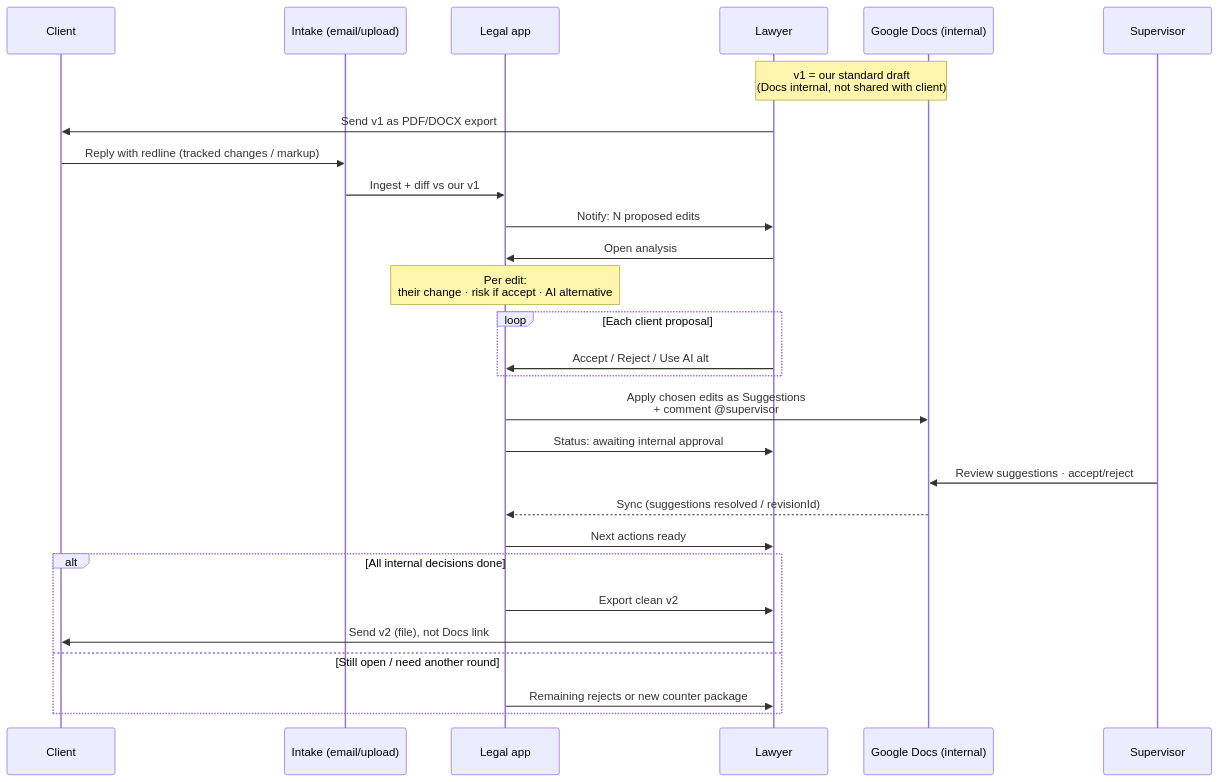
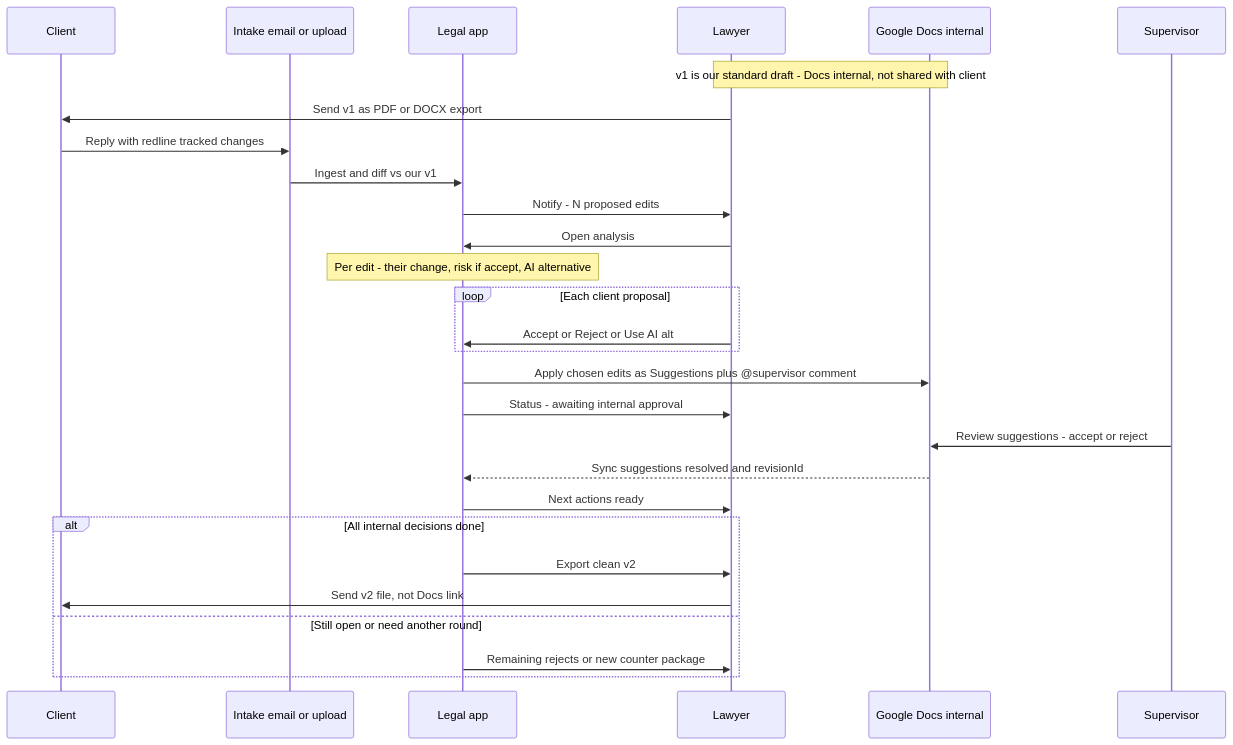
The diagram in docs/flows/client-redline-review.md (littlewhywhat/legal-360), drawn with Mermaid before and after one commit. The commit also changed 2 other files, not shown here.

Commit message:
Fix Mermaid for GitHub rendering.
Drop parentheses and self-messages that break the sequence parser.

````diff
--- a/docs/flows/client-redline-review.md
+++ b/docs/flows/client-redline-review.md
@@ -13,36 +13,36 @@
 ```mermaid
 sequenceDiagram
   participant Client
-  participant Inbox as Intake (email/upload)
+  participant Inbox as Intake email or upload
   participant App as Legal app
   participant Lawyer
-  participant Docs as Google Docs (internal)
+  participant Docs as Google Docs internal
   participant Sup as Supervisor
 
-  Note over Lawyer,Docs: v1 = our standard draft<br/>(Docs internal, not shared with client)
+  Note over Lawyer,Docs: v1 is our standard draft - Docs internal, not shared with client
 
-  Lawyer->>Client: Send v1 as PDF/DOCX export
-  Client->>Inbox: Reply with redline (tracked changes / markup)
-  Inbox->>App: Ingest + diff vs our v1
-  App->>Lawyer: Notify: N proposed edits
+  Lawyer->>Client: Send v1 as PDF or DOCX export
+  Client->>Inbox: Reply with redline tracked changes
+  Inbox->>App: Ingest and diff vs our v1
+  App->>Lawyer: Notify - N proposed edits
 
   Lawyer->>App: Open analysis
-  Note over App: Per edit:<br/>their change · risk if accept · AI alternative
+  Note over App: Per edit - their change, risk if accept, AI alternative
 
   loop Each client proposal
-    Lawyer->>App: Accept / Reject / Use AI alt
+    Lawyer->>App: Accept or Reject or Use AI alt
   end
 
-  App->>Docs: Apply chosen edits as Suggestions<br/>+ comment @supervisor
-  App->>Lawyer: Status: awaiting internal approval
-  Sup->>Docs: Review suggestions · accept/reject
-  Docs-->>App: Sync (suggestions resolved / revisionId)
+  App->>Docs: Apply chosen edits as Suggestions plus @supervisor comment
+  App->>Lawyer: Status - awaiting internal approval
+  Sup->>Docs: Review suggestions - accept or reject
+  Docs-->>App: Sync suggestions resolved and revisionId
   App->>Lawyer: Next actions ready
 
   alt All internal decisions done
     App->>Lawyer: Export clean v2
-    Lawyer->>Client: Send v2 (file), not Docs link
-  else Still open / need another round
+    Lawyer->>Client: Send v2 file, not Docs link
+  else Still open or need another round
     App->>Lawyer: Remaining rejects or new counter package
   end
 ```
````
